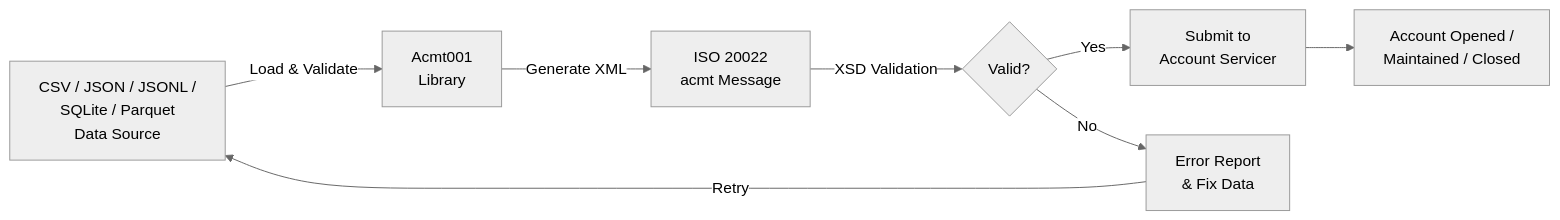
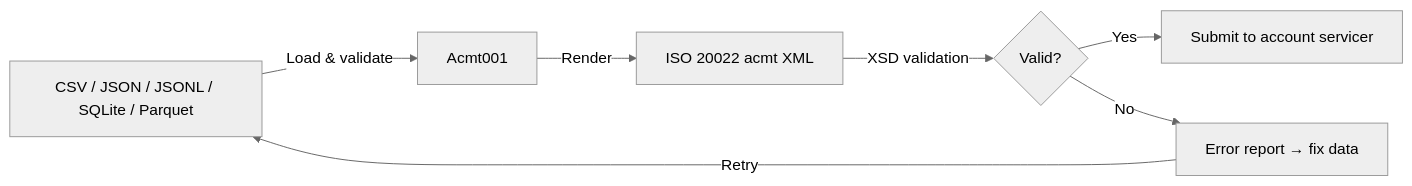
The diagram in README.md (sebastienrousseau/acmt001), drawn with Mermaid (neutral theme) before and after one commit. The commit also changed other lines of this file, not shown here.

````diff
--- a/README.md
+++ b/README.md
@@ -157,17 +64,9 @@
 ```mermaid
 flowchart LR
-    A["CSV / JSON / JSONL /
-    SQLite / Parquet
-    Data Source"] -->|Load & Validate| B["Acmt001
-    Library"]
-    B -->|Generate XML| C["ISO 20022
-    acmt Message"]
-    C -->|XSD Validation| D{Valid?}
-    D -->|Yes| E["Submit to
-    Account Servicer"]
-    D -->|No| F["Error Report
-    & Fix Data"]
+    A["CSV / JSON / JSONL / SQLite / Parquet"] -->|Load & validate| B["Acmt001"]
+    B -->|Render| C["ISO 20022 acmt XML"]
+    C -->|XSD validation| D{Valid?}
+    D -->|Yes| E["Submit to account servicer"]
+    D -->|No| F["Error report → fix data"]
     F -->|Retry| A
-    E --> G["Account Opened /
-    Maintained / Closed"]
 ```
````
